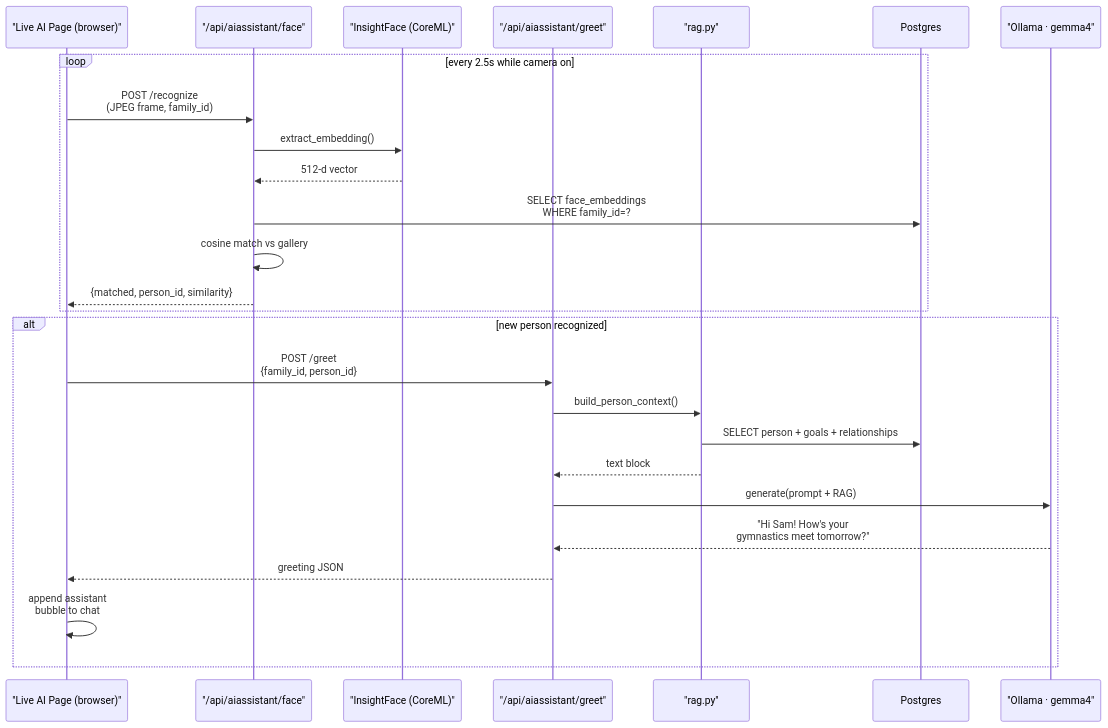
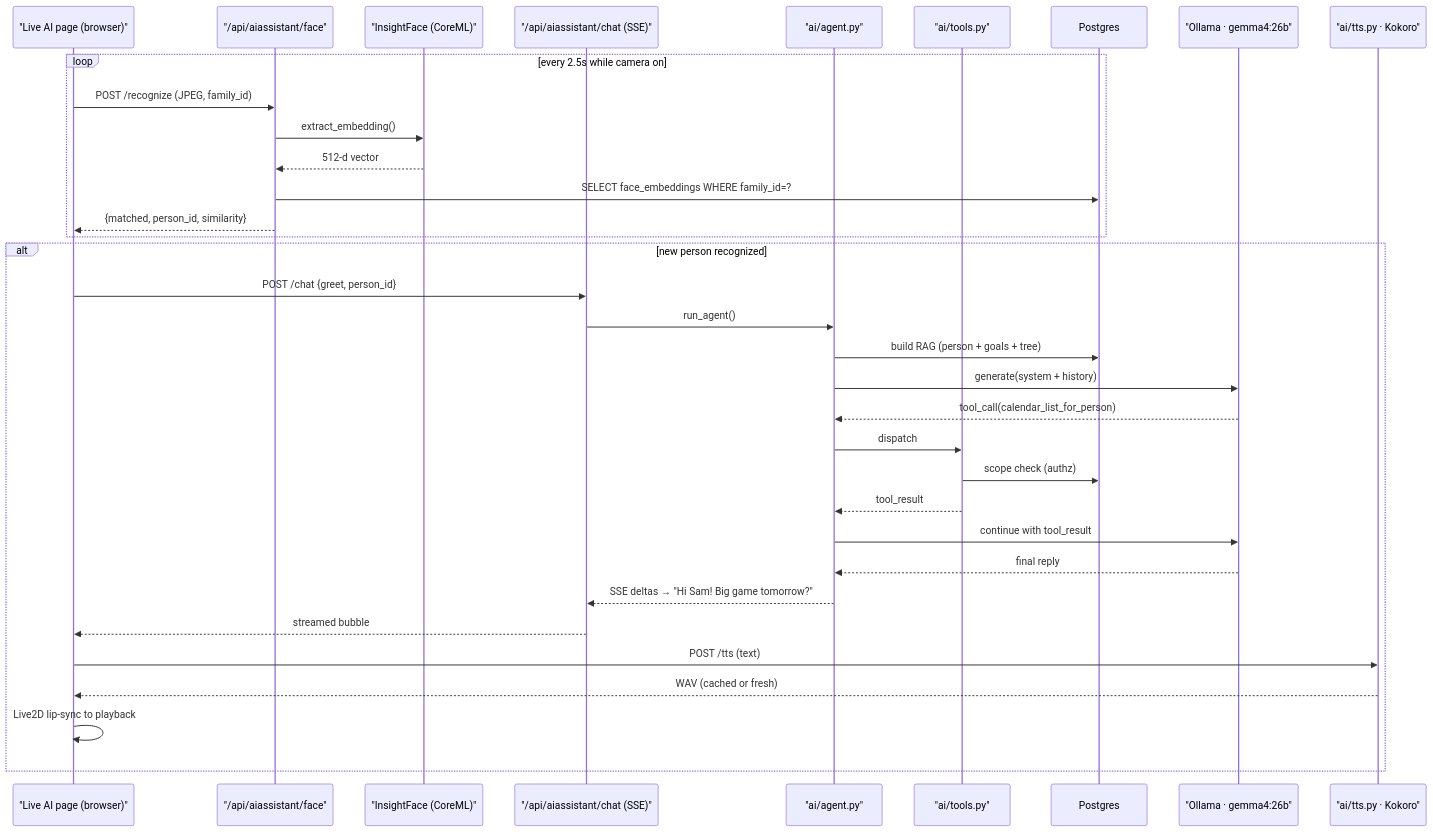
One commit to bjm88/family-assistant changed the second of 4 diagrams in README.md. Above: the diagram before and after it, drawn with Mermaid. The commit also changed other lines of this file and 5 other files, not shown here.

````diff
--- a/README.md
+++ b/README.md
@@ -129,30 +224,38 @@
 ```mermaid
 sequenceDiagram
-    participant UI as "Live AI Page (browser)"
+    participant UI as "Live AI page (browser)"
     participant Face as "/api/aiassistant/face"
     participant Insight as "InsightFace (CoreML)"
-    participant Chat as "/api/aiassistant/greet"
-    participant RAG as "rag.py"
+    participant Chat as "/api/aiassistant/chat (SSE)"
+    participant Agent as "ai/agent.py"
+    participant Tools as "ai/tools.py"
     participant PG as Postgres
-    participant Ollama as "Ollama · gemma4"
+    participant Ollama as "Ollama · gemma4:26b"
+    participant TTS as "ai/tts.py · Kokoro"
 
     loop every 2.5s while camera on
-        UI->>Face: POST /recognize<br/>(JPEG frame, family_id)
+        UI->>Face: POST /recognize (JPEG, family_id)
         Face->>Insight: extract_embedding()
         Insight-->>Face: 512-d vector
-        Face->>PG: SELECT face_embeddings<br/>WHERE family_id=?
-        Face->>Face: cosine match vs gallery
+        Face->>PG: SELECT face_embeddings WHERE family_id=?
         Face-->>UI: {matched, person_id, similarity}
     end
 
     alt new person recognized
-        UI->>Chat: POST /greet<br/>{family_id, person_id}
-        Chat->>RAG: build_person_context()
-        RAG->>PG: SELECT person + goals + relationships
-        RAG-->>Chat: text block
-        Chat->>Ollama: generate(prompt + RAG)
-        Ollama-->>Chat: "Hi Sam! How's your<br/>gymnastics meet tomorrow?"
-        Chat-->>UI: greeting JSON
-        UI->>UI: append assistant<br/>bubble to chat
+        UI->>Chat: POST /chat {greet, person_id}
+        Chat->>Agent: run_agent()
+        Agent->>PG: build RAG (person + goals + tree)
+        Agent->>Ollama: generate(system + history)
+        Ollama-->>Agent: tool_call(calendar_list_for_person)
+        Agent->>Tools: dispatch
+        Tools->>PG: scope check (authz)
+        Tools-->>Agent: tool_result
+        Agent->>Ollama: continue with tool_result
+        Ollama-->>Agent: final reply
+        Agent-->>Chat: SSE deltas → "Hi Sam! Big game tomorrow?"
+        Chat-->>UI: streamed bubble
+        UI->>TTS: POST /tts (text)
+        TTS-->>UI: WAV (cached or fresh)
+        UI->>UI: Live2D lip-sync to playback
     end
 ```
````
